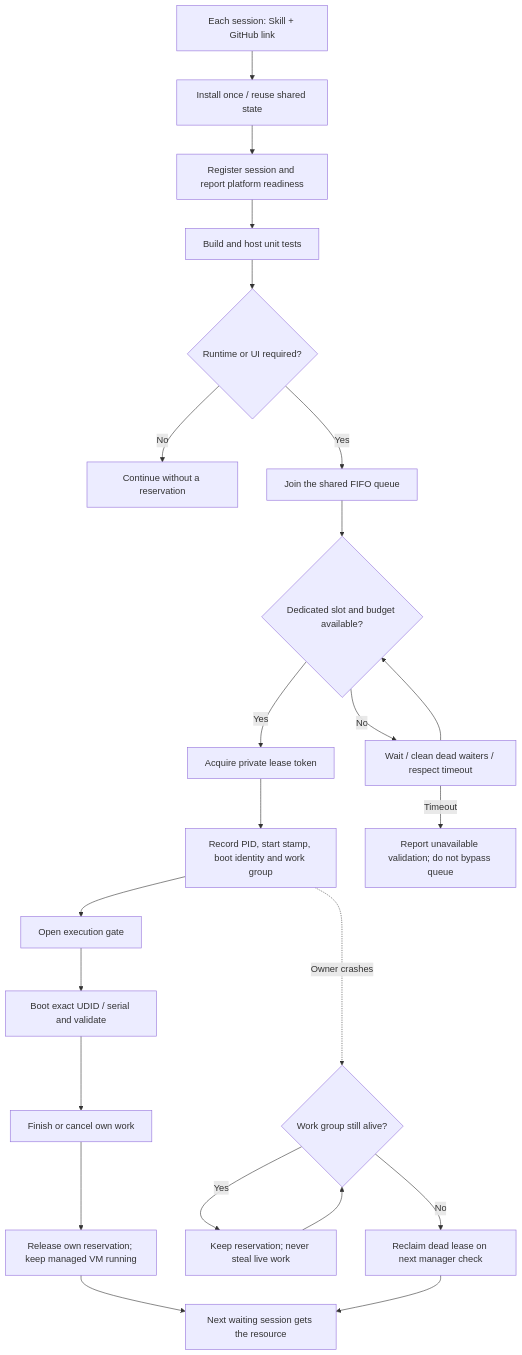
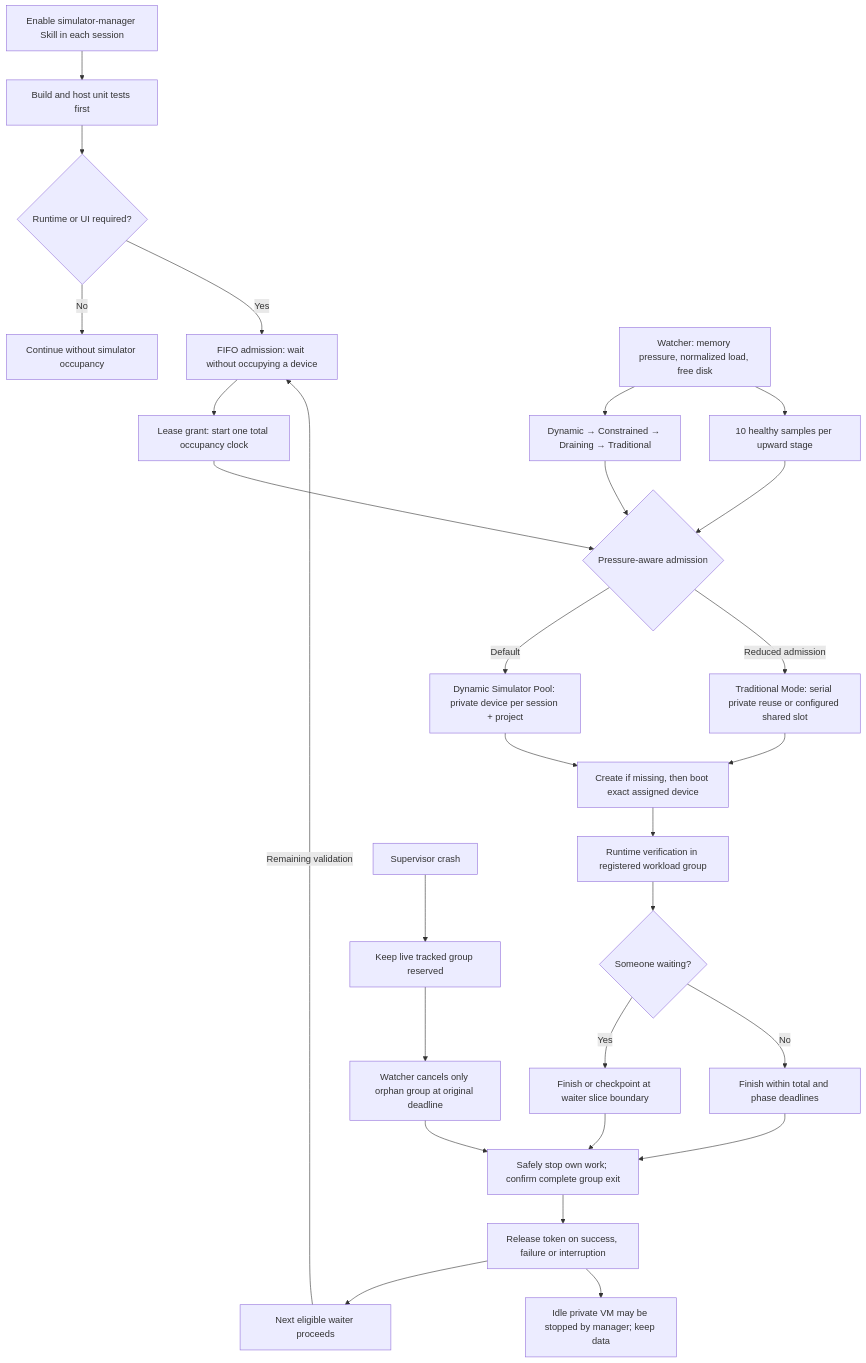
Before and after one commit to HankHuang0516/simulator-manager: the diagram in docs/FLOWCHART.md, drawn with Mermaid. The commit also changed other lines of this file and 23 other files, not shown here.

Commit message:
Add dynamic session simulator pools and pressure-aware fair occupancy

````diff
--- a/docs/FLOWCHART.md
+++ b/docs/FLOWCHART.md
@@ -5,25 +5,31 @@
 ```mermaid
 flowchart TD
-    A[Each session: Skill + GitHub link] --> B[Install once / reuse shared state]
-    B --> C[Register session and report platform readiness]
-    C --> D[Build and host unit tests]
-    D --> E{Runtime or UI required?}
-    E -->|No| F[Continue without a reservation]
-    E -->|Yes| G[Join the shared FIFO queue]
-    G --> H{Dedicated slot and budget available?}
-    H -->|No| I[Wait / clean dead waiters / respect timeout]
-    I --> H
-    H -->|Yes| J[Acquire private lease token]
-    J --> K[Record PID, start stamp, boot identity and work group]
-    K --> L[Open execution gate]
-    L --> M[Boot exact UDID / serial and validate]
-    M --> N[Finish or cancel own work]
-    N --> O[Release own reservation; keep managed VM running]
-    O --> P[Next waiting session gets the resource]
-    K -. Owner crashes .-> Q{Work group still alive?}
-    Q -->|Yes| R[Keep reservation; never steal live work]
-    R --> Q
-    Q -->|No| S[Reclaim dead lease on next manager check]
-    S --> P
-    I -->|Timeout| T[Report unavailable validation; do not bypass queue]
+    Enable[Enable simulator-manager Skill in each session] --> Build[Build and host unit tests first]
+    Build --> Need{Runtime or UI required?}
+    Need -- No --> Continue[Continue without simulator occupancy]
+    Need -- Yes --> Queue[FIFO admission: wait without occupying a device]
+    Queue --> Grant[Lease grant: start one total occupancy clock]
+    Grant --> Mode{Pressure-aware admission}
+    Mode -- Default --> Dynamic[Dynamic Simulator Pool: private device per session + project]
+    Mode -- Reduced admission --> Traditional[Traditional Mode: serial private reuse or configured shared slot]
+    Dynamic --> Create[Create if missing, then boot exact assigned device]
+    Traditional --> Create
+    Create --> Work[Runtime verification in registered workload group]
+    Work --> Waiting{Someone waiting?}
+    Waiting -- Yes --> Checkpoint[Finish or checkpoint at waiter slice boundary]
+    Waiting -- No --> Finish[Finish within total and phase deadlines]
+    Checkpoint --> Stop[Safely stop own work; confirm complete group exit]
+    Finish --> Stop
+    Stop --> Release[Release token on success, failure or interruption]
+    Release --> Next[Next eligible waiter proceeds]
+    Next -- Remaining validation --> Queue
+    Release --> Idle[Idle private VM may be stopped by manager; keep data]
+
+    Watch[Watcher: memory pressure, normalized load, free disk] --> Stage[Dynamic → Constrained → Draining → Traditional]
+    Stage --> Mode
+    Watch --> Recover[10 healthy samples per upward stage]
+    Recover --> Mode
+    Crash[Supervisor crash] --> Protect[Keep live tracked group reserved]
+    Protect --> Deadline[Watcher cancels only orphan group at original deadline]
+    Deadline --> Stop
 ```
````
